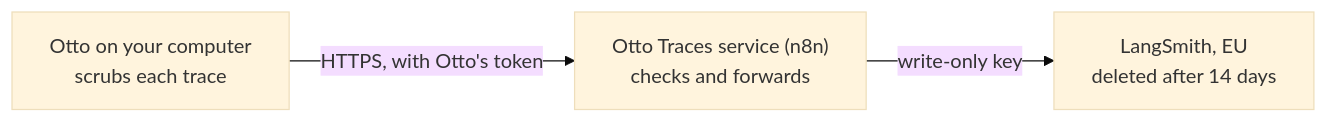
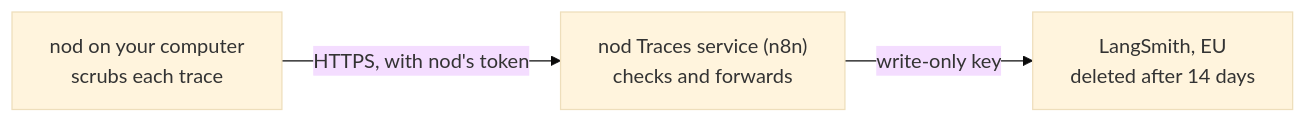
Before and after one commit to KrishBhimani/nod: the diagram in docs/src/content/docs/trust/conversation-traces.md, drawn with Mermaid (base theme). The commit also changed other lines of this file and 380 other files, not shown here.

Commit message:
feat!: rename Otto to nod (#398)

````diff
--- a/docs/src/content/docs/trust/conversation-traces.md
+++ b/docs/src/content/docs/trust/conversation-traces.md
@@ -83,5 +83,5 @@
 ```mermaid
 flowchart LR
-  otto[Otto on your computer<br/>scrubs each trace]:::accent -- "HTTPS, with Otto's token" --> broker["Otto Traces service (n8n)<br/>checks and forwards"]
+  nod[nod on your computer<br/>scrubs each trace]:::accent -- "HTTPS, with nod's token" --> broker["nod Traces service (n8n)<br/>checks and forwards"]
   broker -- write-only key --> langsmith[LangSmith, EU<br/>deleted after 14 days]
 ```
````
